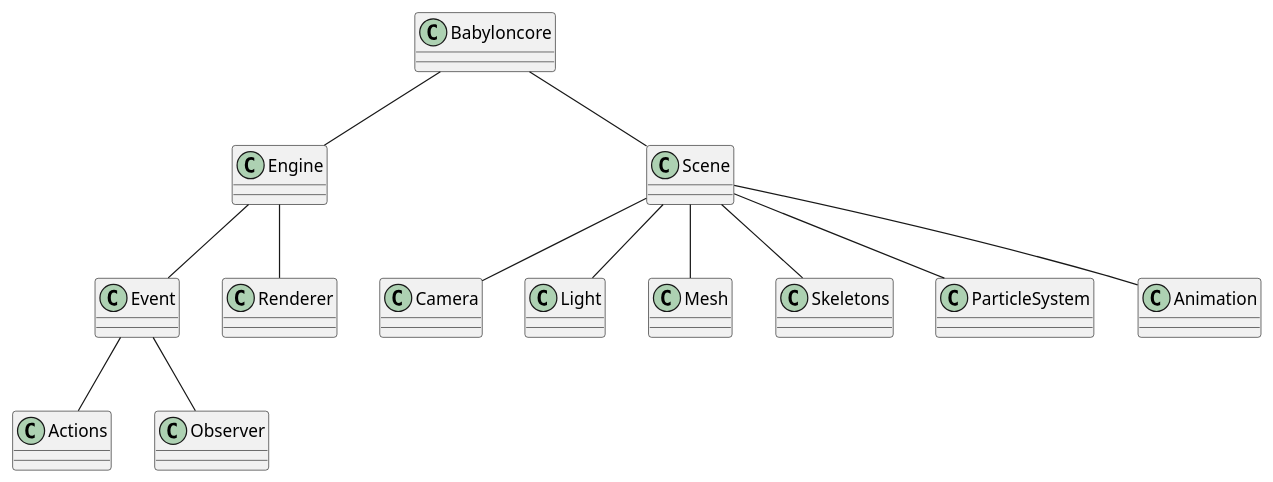
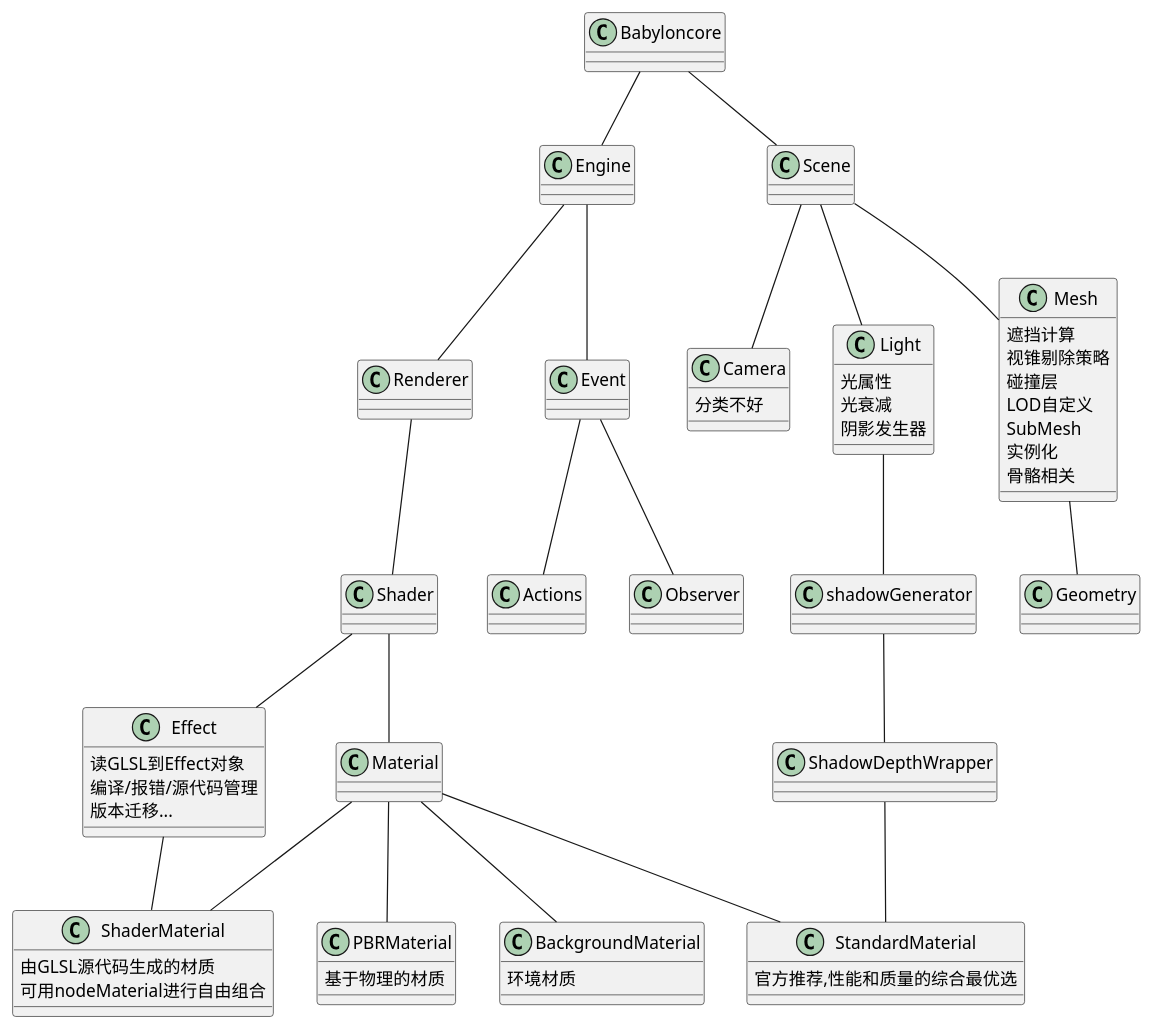
One commit to YoJitaku/knowledgeRepository changed the diagram in UML/BabylonJS/BabyCore.pu. Above: the diagram before and after it, drawn with PlantUML. The commit also changed 7 other files, not shown here.

```diff
--- a/UML/BabylonJS/BabyCore.pu
+++ b/UML/BabylonJS/BabyCore.pu
@@ -1,16 +1,63 @@
 @startuml BabyCore
 
 Babyloncore -- Engine
 Babyloncore -- Scene
+Renderer -- Shader
+Shader -- Effect
+class Effect{
+  读GLSL到Effect对象
+  编译/报错/源代码管理
+  版本迁移...
+}
+Shader -- Material
+class Material{
+
+}
+Material -- ShaderMaterial
+Effect -- ShaderMaterial
+class ShaderMaterial{
+  由GLSL源代码生成的材质
+  可用nodeMaterial进行自由组合
+}
+Material -- StandardMaterial
+class StandardMaterial{
+  官方推荐,性能和质量的综合最优选
+}
+Material -- PBRMaterial
+class PBRMaterial{
+  基于物理的材质
+}
+Material -- BackgroundMaterial
+class BackgroundMaterial{
+  环境材质
+}
 Engine -- Event
 Scene -- Camera
+class Camera{
+  分类不好
+}
 Scene -- Light
+class Light{
+  光属性
+  光衰减
+  阴影发生器
+}
+Light -- shadowGenerator
+shadowGenerator -- ShadowDepthWrapper
+ShadowDepthWrapper -- StandardMaterial
 Scene -- Mesh
-Scene -- Skeletons
-Scene -- ParticleSystem
-Scene -- Animation
+Mesh -- Geometry
+class Mesh{
+  遮挡计算
+  视锥剔除策略
+  碰撞层
+  LOD自定义
+  SubMesh
+  实例化
+  骨骼相关
+}
 Engine -- Renderer
 Event -- Actions
 Event -- Observer
 
 @enduml
```
